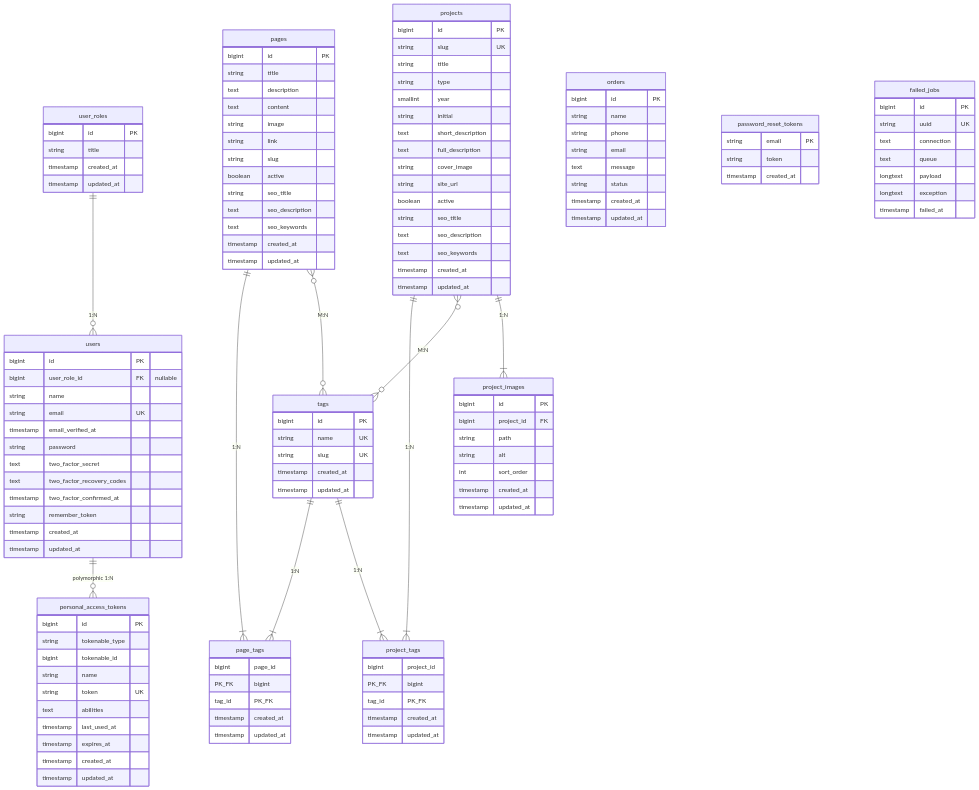
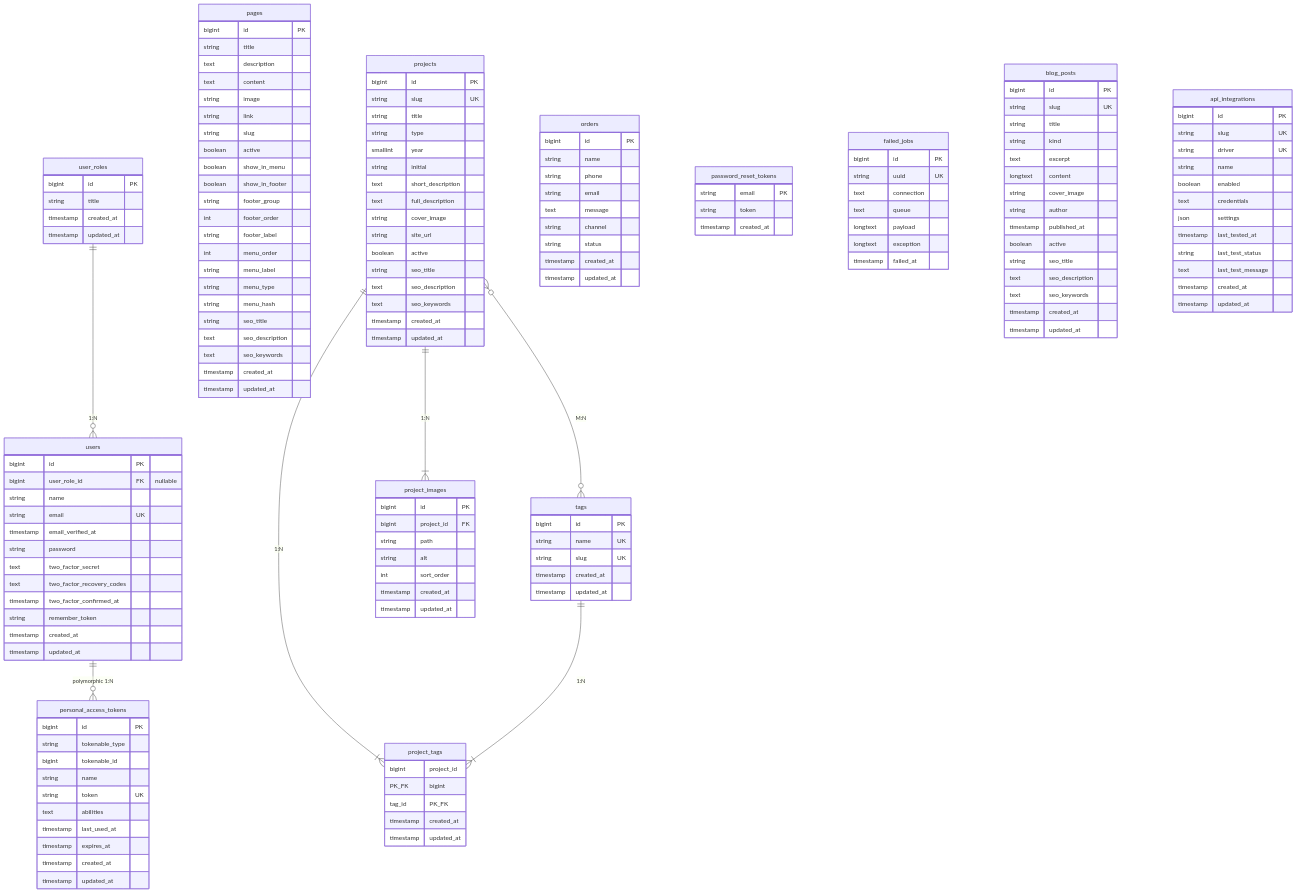
One commit to AleksanderKhatkov9/nexora2026 changed the second of 2 diagrams in Docx/DB.md. Above: the diagram before and after it, drawn with Mermaid. The commit also changed other lines of this file and 34 other files, not shown here.

Commit message:
feat(docker, docs): update docker-compose to expose port 5173 for frontend; enhance DB documentation with new blog_posts and api_integrations tables, and improve README with quick start instructions and project structure details

```diff
--- a/Docx/DB.md
+++ b/Docx/DB.md
@@ -82,6 +95,15 @@
         string link
         string slug
         boolean active
+        boolean show_in_menu
+        boolean show_in_footer
+        string footer_group
+        int footer_order
+        string footer_label
+        int menu_order
+        string menu_label
+        string menu_type
+        string menu_hash
         string seo_title
         text seo_description
         text seo_keywords
@@ -93,13 +115,6 @@
         bigint id PK
         string name UK
         string slug UK
-        timestamp created_at
-        timestamp updated_at
-    }
-
-    page_tags {
-        bigint page_id PK_FK
-        bigint tag_id PK_FK
         timestamp created_at
         timestamp updated_at
     }
@@ -146,6 +161,7 @@
         string phone
         string email
         text message
+        string channel
         string status
         timestamp created_at
         timestamp updated_at
@@ -180,12 +196,41 @@
         timestamp failed_at
     }
 
+    blog_posts {
+        bigint id PK
+        string slug UK
+        string title
+        string kind
+        text excerpt
+        longtext content
+        string cover_image
+        string author
+        timestamp published_at
+        boolean active
+        string seo_title
+        text seo_description
+        text seo_keywords
+        timestamp created_at
+        timestamp updated_at
+    }
+
+    api_integrations {
+        bigint id PK
+        string slug UK
+        string driver UK
+        string name
+        boolean enabled
+        text credentials
+        json settings
+        timestamp last_tested_at
+        string last_test_status
+        text last_test_message
+        timestamp created_at
+        timestamp updated_at
+    }
+
     user_roles ||--o{ users : "1:N"
     users ||--o{ personal_access_tokens : "polymorphic 1:N"
-
-    pages ||--|{ page_tags : "1:N"
-    tags ||--|{ page_tags : "1:N"
-    pages }o--o{ tags : "M:N"
 
     projects ||--|{ project_tags : "1:N"
     tags ||--|{ project_tags : "1:N"
```
